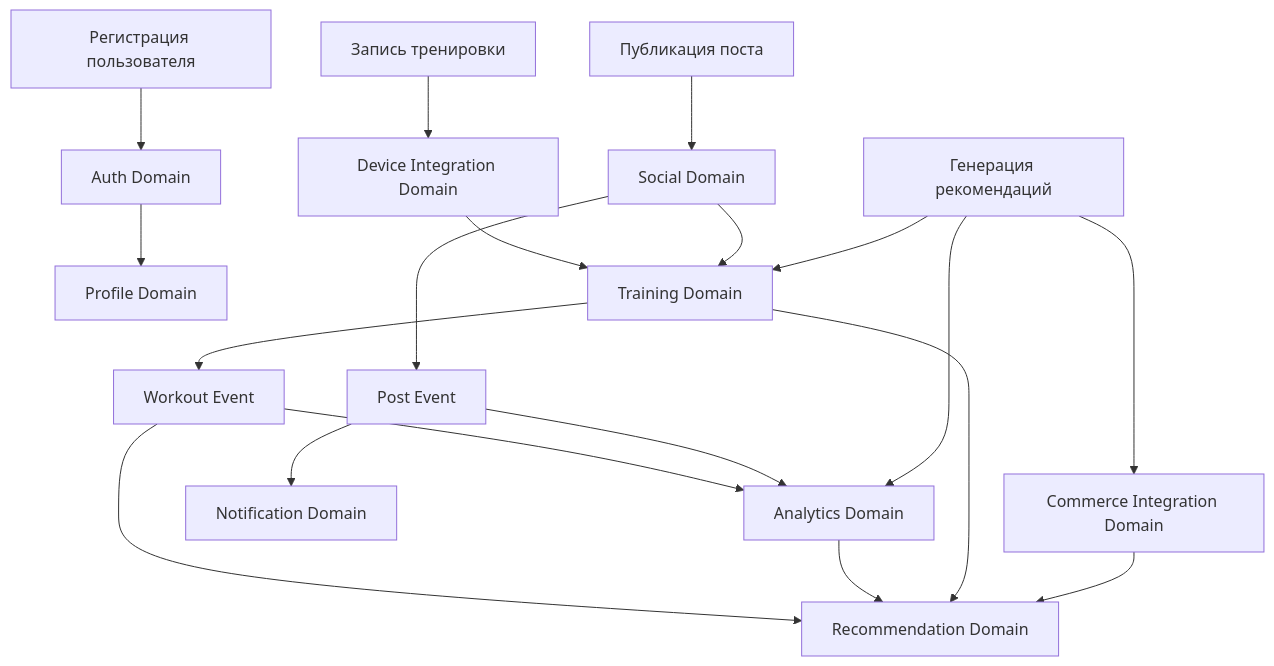
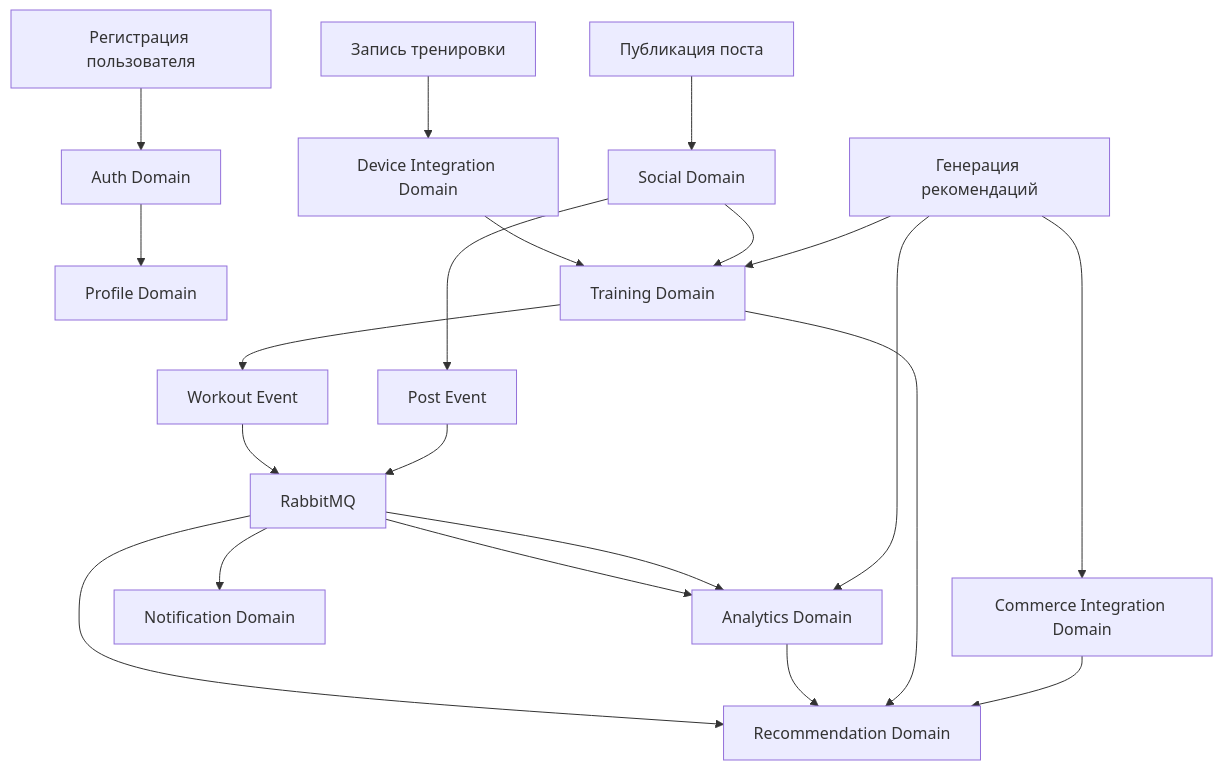
The first of 7 diagrams in 03-architecture/architecture-views.md (HiddenFox29/Athletica), drawn with Mermaid before and after one commit. The commit also changed other lines of this file and 5 other files, not shown here.

````diff
--- a/03-architecture/architecture-views.md
+++ b/03-architecture/architecture-views.md
@@ -54,29 +54,31 @@
 ```mermaid
 flowchart TB
     Reg[Регистрация пользователя]
     Workout[Запись тренировки]
     Post[Публикация поста]
     Reco[Генерация рекомендаций]
 
     Reg --> Auth[Auth Domain]
     Auth --> Profile[Profile Domain]
 
     Workout --> DeviceIntegration[Device Integration Domain]
     DeviceIntegration --> Training[Training Domain]
     Training --> WorkoutEvent[Workout Event]
-    WorkoutEvent --> Analytics[Analytics Domain]
-    WorkoutEvent --> Recommendation[Recommendation Domain]
+    WorkoutEvent --> RabbitMQ
+    RabbitMQ --> Analytics[Analytics Domain]
+    RabbitMQ --> Recommendation[Recommendation Domain]
 
     Post --> Social[Social Domain]
     Social --> Training
     Social --> PostEvent[Post Event]
-    PostEvent --> Notification[Notification Domain]
-    PostEvent --> Analytics
+    PostEvent --> RabbitMQ
+    RabbitMQ --> Notification[Notification Domain]
+    RabbitMQ --> Analytics
 
     Reco --> Analytics
     Reco --> Training
     Reco --> Commerce[Commerce Integration Domain]
     Analytics --> Recommendation
     Training --> Recommendation
     Commerce --> Recommendation
 ```
````
